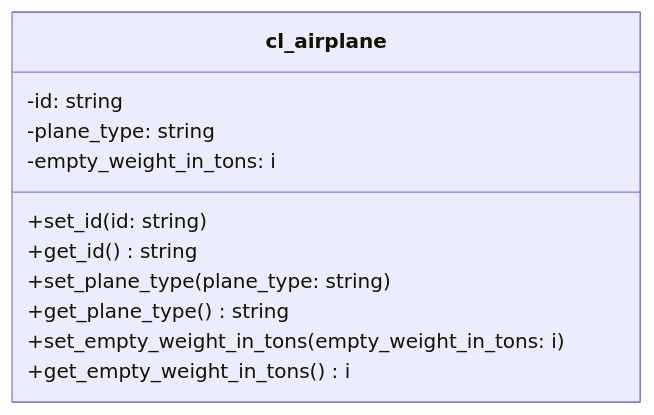
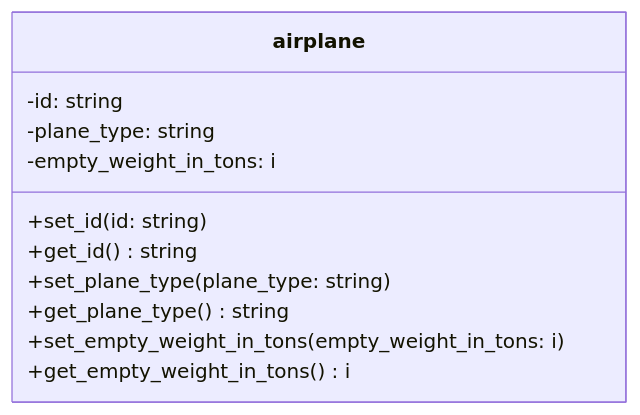
One commit to appenmaier/s4hana changed the diagram in docs/exercises/abap-objects/abap-objects-01.md. Above: the diagram before and after it, drawn with Mermaid.

````diff
--- a/docs/exercises/abap-objects/abap-objects-01.md
+++ b/docs/exercises/abap-objects/abap-objects-01.md
@@ -10,14 +10,14 @@
 ```mermaid
 classDiagram
-   class cl_airplane {
+   class airplane {
       -id: string
       -plane_type: string
       -empty_weight_in_tons: i
       +set_id(id: string)
       +get_id() string
       +set_plane_type(plane_type: string)
       +get_plane_type() string
       +set_empty_weight_in_tons(empty_weight_in_tons: i)
       +get_empty_weight_in_tons() i
    }
 ```
````
